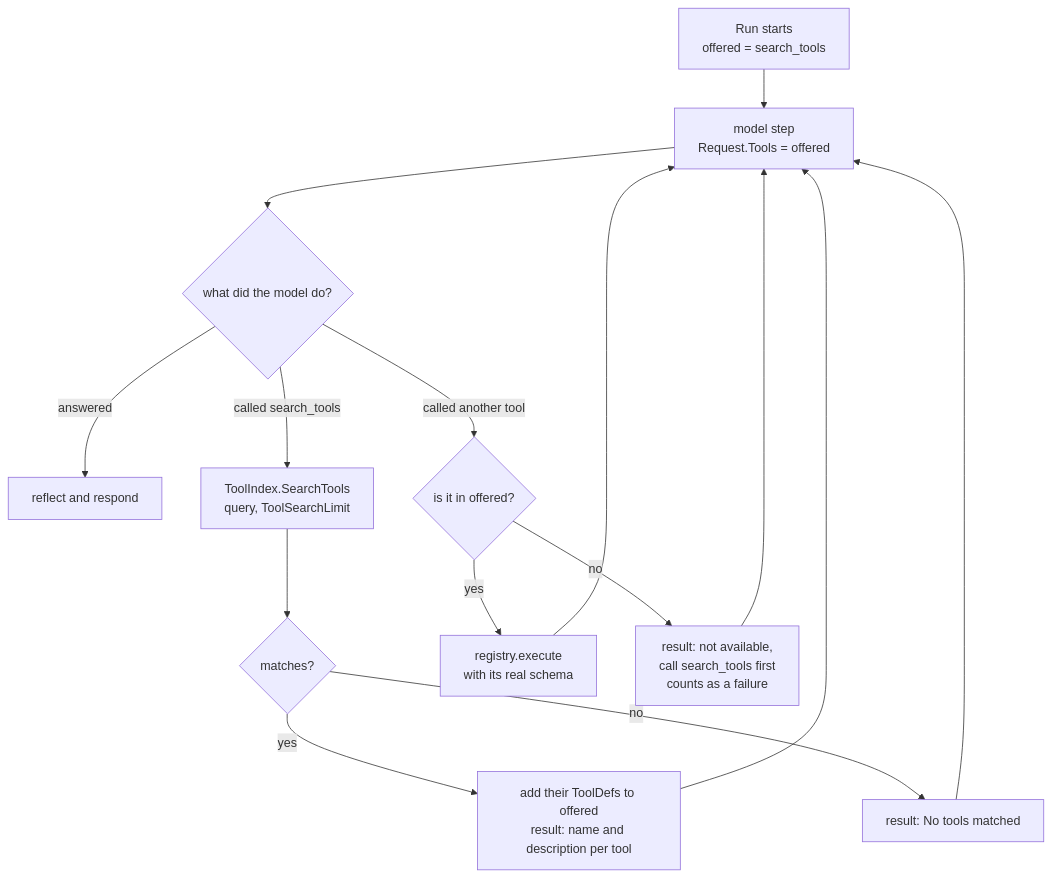
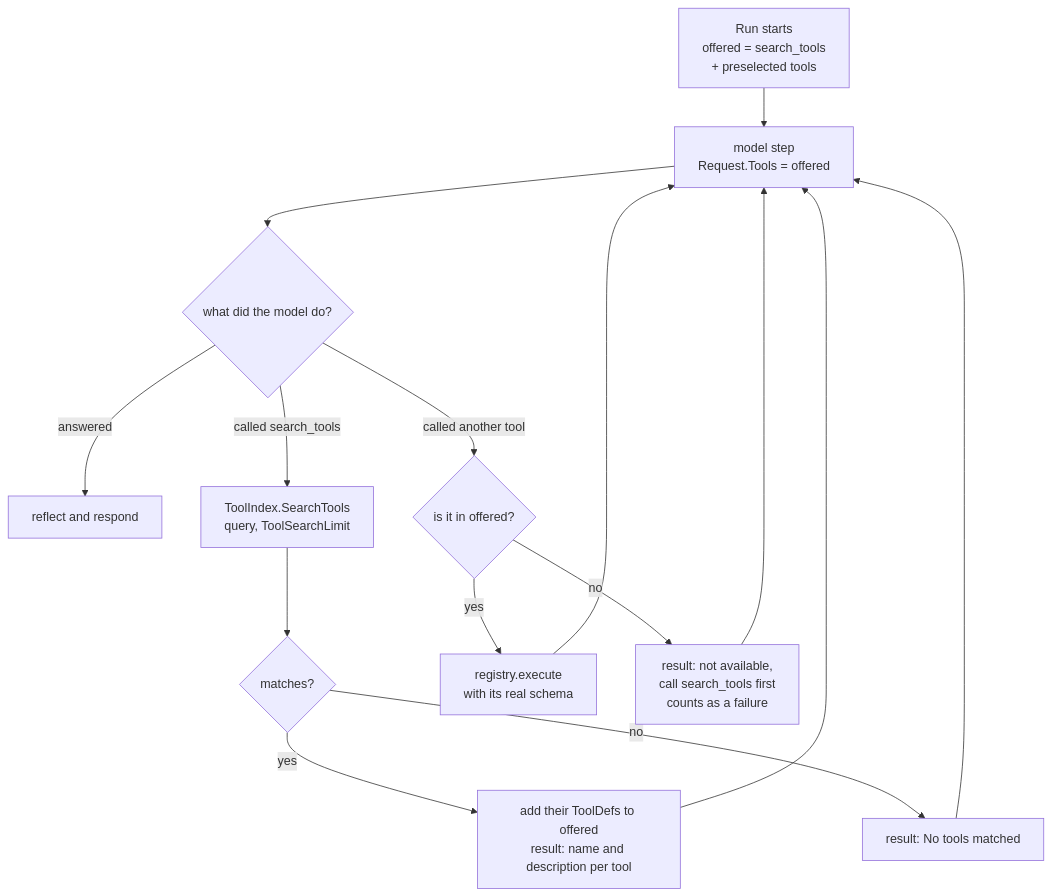
One commit to webtyp/agent changed the diagram in docs/diagrams/TOOL_SEARCH.md. Above: the diagram before and after it, drawn with Mermaid. The commit also changed other lines of this file and 9 other files, not shown here.

Commit message:
feat: preselect tools on first step matching user message

````diff
--- a/docs/diagrams/TOOL_SEARCH.md
+++ b/docs/diagrams/TOOL_SEARCH.md
@@ -7,17 +9,17 @@
 ```mermaid
 flowchart TD
-    Start[Run starts<br/>offered = search_tools] --> Ask[model step<br/>Request.Tools = offered]
+    Start[Run starts<br/>offered = search_tools<br/>+ preselected tools] --> Ask[model step<br/>Request.Tools = offered]
     Ask --> Kind{what did the model do?}
     Kind -- answered --> Done[reflect and respond]
     Kind -- called search_tools --> Search[ToolIndex.SearchTools<br/>query, ToolSearchLimit]
     Search --> Found{matches?}
     Found -- yes --> Add[add their ToolDefs to offered<br/>result: name and description per tool]
     Found -- no --> None[result: No tools matched]
     Add --> Ask
     None --> Ask
     Kind -- called another tool --> Known{is it in offered?}
     Known -- yes --> Exec[registry.execute<br/>with its real schema]
     Known -- no --> Refuse[result: not available,<br/>call search_tools first<br/>counts as a failure]
     Exec --> Ask
     Refuse --> Ask
 ```
````
